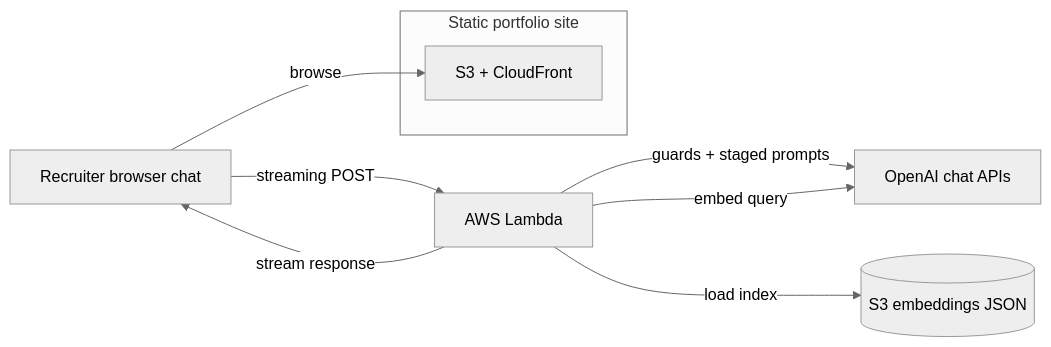
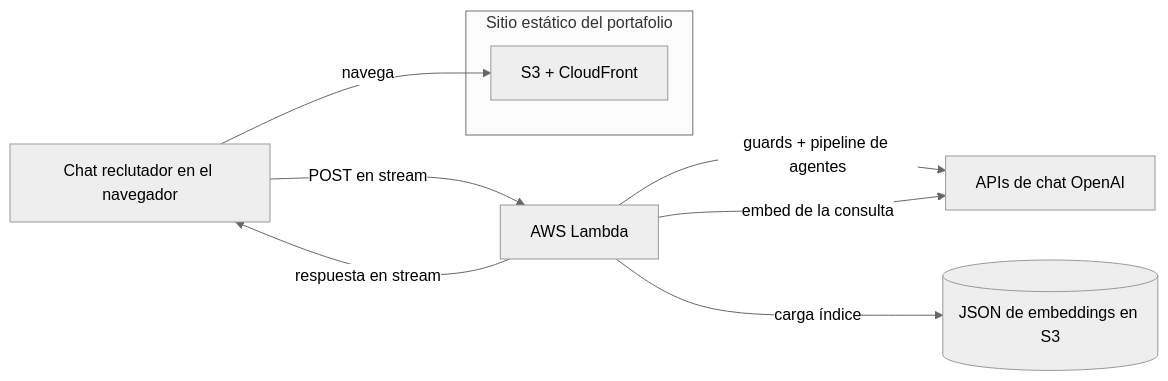
Before and after one commit to danielmunafo/danieltostes.com: the first of 2 diagrams in public/content/experience/danieltostes-com/es.md, drawn with Mermaid (neutral theme). The commit also changed other lines of this file and 38 other files, not shown here.

First line of the commit message:
refactor(recruiter-assistant-api): split pipeline into topic agents

````diff
--- a/public/content/experience/danieltostes-com/es.md
+++ b/public/content/experience/danieltostes-com/es.md
@@ -24,14 +26,14 @@
 ```mermaid
 flowchart LR
-    User[Recruiter browser chat] -->|streaming POST| Lambda[AWS Lambda]
-    Lambda -->|guards + staged prompts| OpenAI[OpenAI chat APIs]
-    Lambda -->|embed query| OpenAI
-    Lambda -->|load index| S3[(S3 embeddings JSON)]
-    Lambda -->|stream response| User
+    User[Chat reclutador en el navegador] -->|POST en stream| Lambda[AWS Lambda]
+    Lambda -->|guards + pipeline de agentes| OpenAI[APIs de chat OpenAI]
+    Lambda -->|embed de la consulta| OpenAI
+    Lambda -->|carga índice| S3[(JSON de embeddings en S3)]
+    Lambda -->|respuesta en stream| User
 
-    subgraph StaticSite[Static portfolio site]
+    subgraph StaticSite[Sitio estático del portafolio]
         Site[S3 + CloudFront]
     end
 
-    User -->|browse| Site
+    User -->|navega| Site
 ```
````
